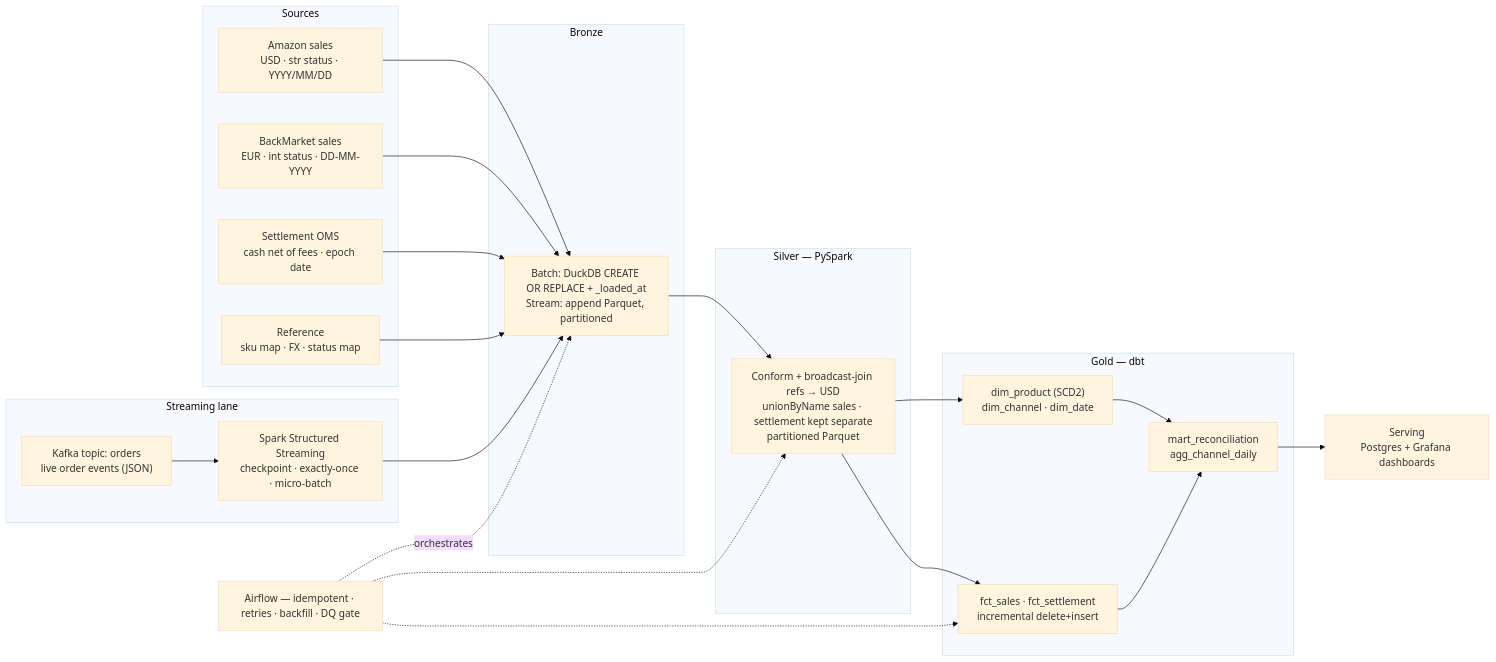
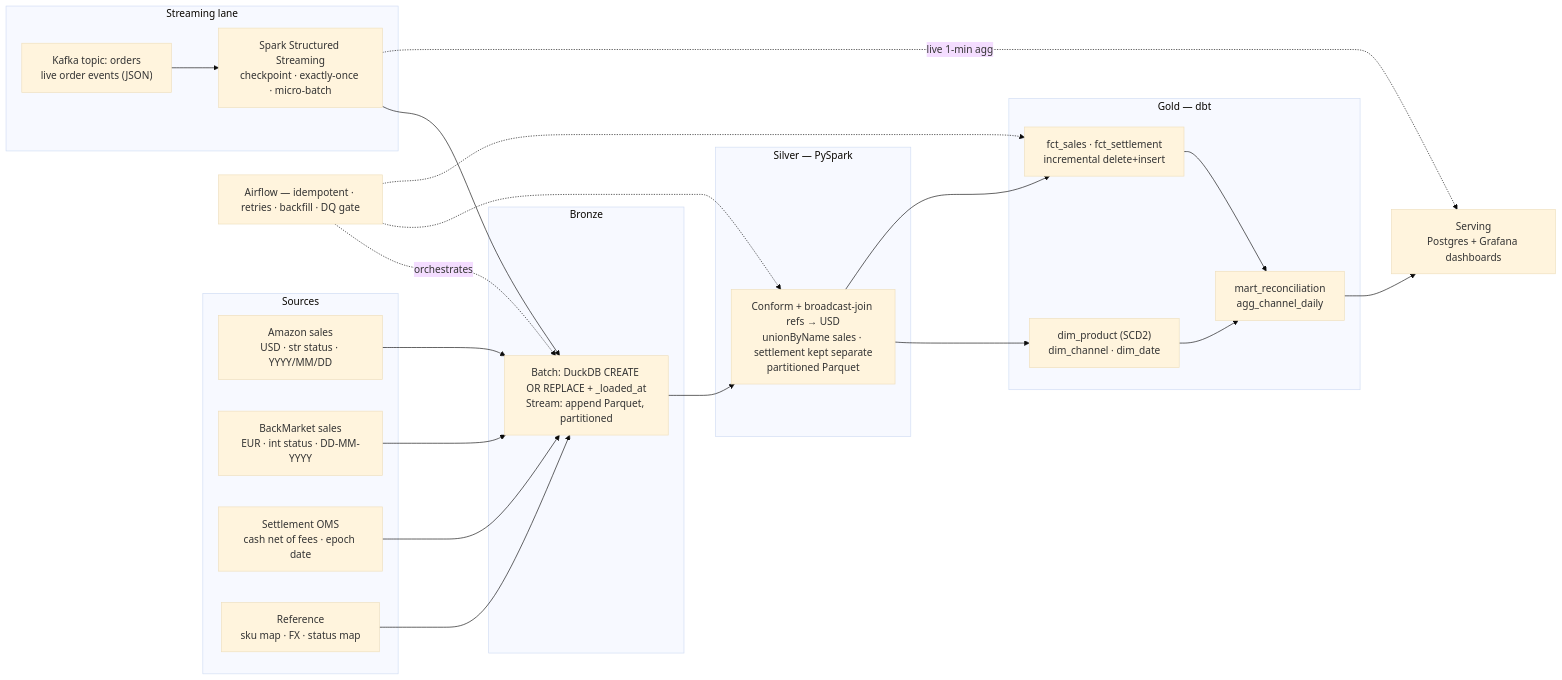
The first of 2 diagrams in README.md (uyentrang27/commerce-lakehouse), drawn with Mermaid (base theme) before and after one commit. The commit also changed other lines of this file and 6 other files, not shown here.

````diff
--- a/README.md
+++ b/README.md
@@ -16,41 +16,42 @@
 ```mermaid
 flowchart LR
   subgraph SRC["Sources"]
     A["Amazon sales<br/>USD · str status · YYYY/MM/DD"]
     B["BackMarket sales<br/>EUR · int status · DD-MM-YYYY"]
     S["Settlement OMS<br/>cash net of fees · epoch date"]
     R["Reference<br/>sku map · FX · status map"]
   end
   subgraph STRM["Streaming lane"]
     KFK["Kafka topic: orders<br/>live order events (JSON)"]
     SSS["Spark Structured Streaming<br/>checkpoint · exactly-once · micro-batch"]
   end
   subgraph BR["Bronze"]
     BRZ["Batch: DuckDB CREATE OR REPLACE + _loaded_at<br/>Stream: append Parquet, partitioned"]
   end
   subgraph SV["Silver — PySpark"]
     SIL["Conform + broadcast-join refs → USD<br/>unionByName sales · settlement kept separate<br/>partitioned Parquet"]
   end
   subgraph GD["Gold — dbt"]
     DIM["dim_product (SCD2)<br/>dim_channel · dim_date"]
     FCT["fct_sales · fct_settlement<br/>incremental delete+insert"]
     MRT["mart_reconciliation<br/>agg_channel_daily"]
   end
   PBI["Serving<br/>Postgres + Grafana dashboards"]
 
   A --> BRZ
   B --> BRZ
   S --> BRZ
   R --> BRZ
   KFK --> SSS
   SSS --> BRZ
+  SSS -.live 1-min agg.-> PBI
   BRZ --> SIL
   SIL --> DIM
   SIL --> FCT
   DIM --> MRT
   FCT --> MRT
   MRT --> PBI
   AF["Airflow — idempotent · retries · backfill · DQ gate"] -.orchestrates.-> BRZ
   AF -.-> SIL
   AF -.-> FCT
 ```
````
